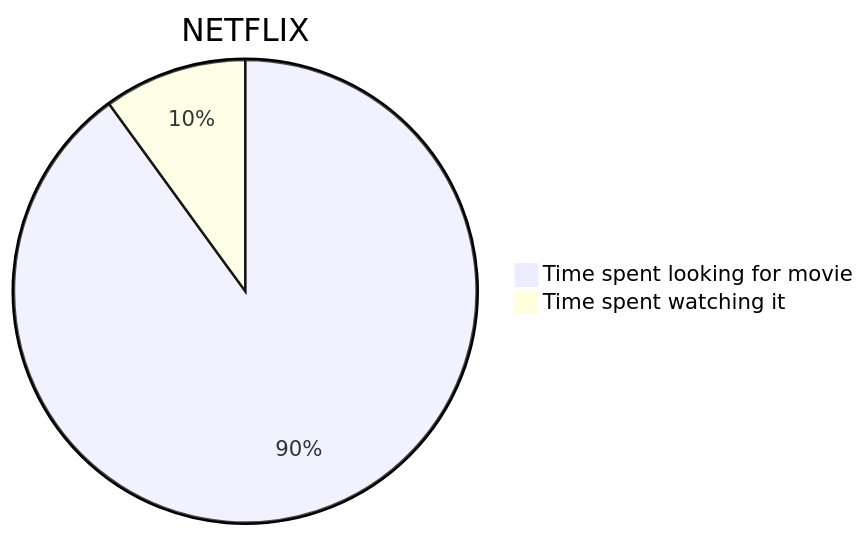
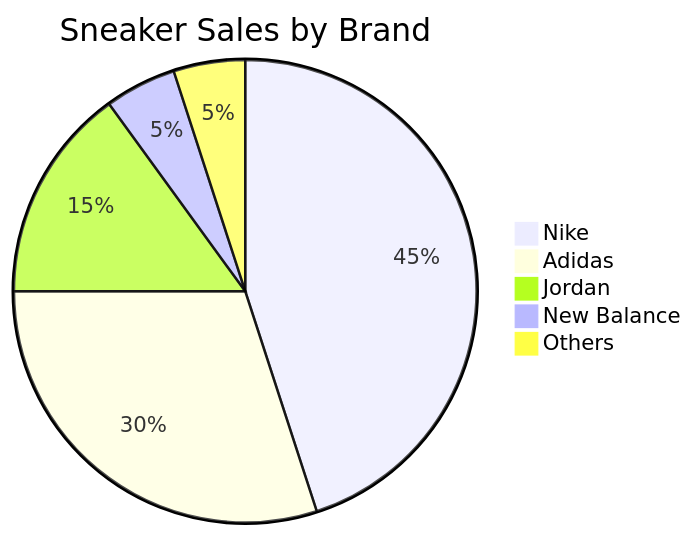
One commit to chronick/mermaid-diagram-editor changed the diagram in public/examples/pie-chart-netflix.mermaid. Above: the diagram before and after it, drawn with Mermaid. The commit also changed 16 other files, not shown here.

```diff
--- a/public/examples/pie-chart-netflix.mermaid
+++ b/public/examples/pie-chart-netflix.mermaid
@@ -1,3 +1,6 @@
-pie title NETFLIX
-         "Time spent looking for movie" : 90
-         "Time spent watching it" : 10 
+pie title Sneaker Sales by Brand
+    "Nike" : 45
+    "Adidas" : 30
+    "Jordan" : 15
+    "New Balance" : 5
+    "Others" : 5 
```
